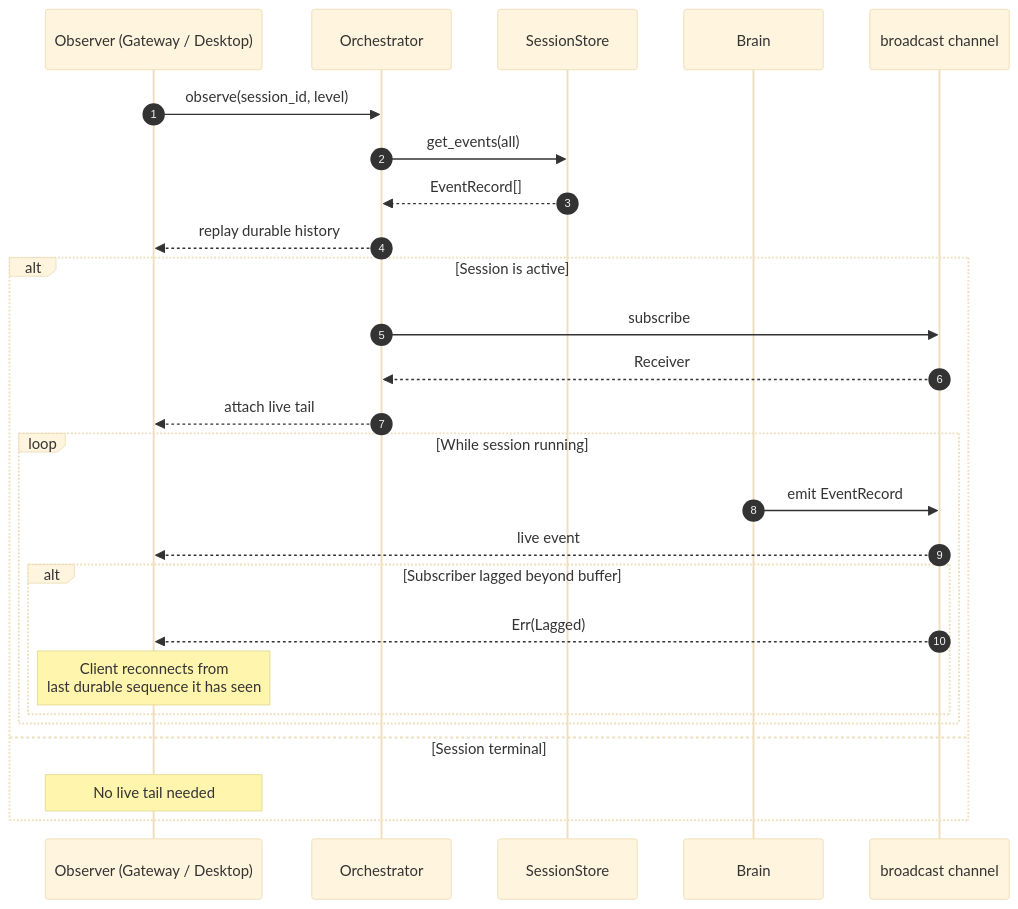
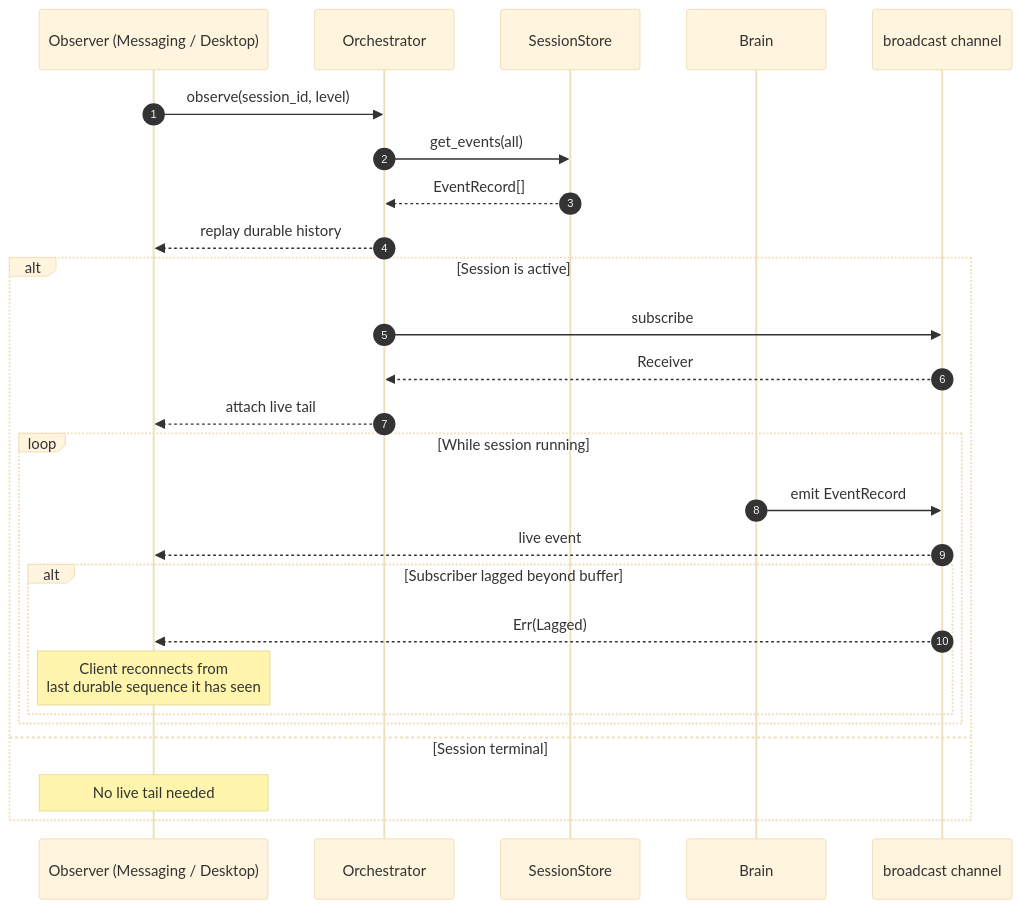
Diagram 13 of 14 in sequence-diagrams.md (hwuiwon/moa), drawn with Mermaid (base theme) before and after one commit. The commit also changed other lines of this file and 69 other files, not shown here.

````diff
--- a/sequence-diagrams.md
+++ b/sequence-diagrams.md
@@ -563,33 +563,33 @@
 ```mermaid
 sequenceDiagram
     autonumber
-    participant Client as Observer (Gateway / Desktop)
+    participant Client as Observer (Messaging / Desktop)
     participant Orch as Orchestrator
     participant Log as SessionStore
     participant Brain
     participant Bcast as broadcast channel
 
     Client->>Orch: observe(session_id, level)
 
     Orch->>Log: get_events(all)
     Log-->>Orch: EventRecord[]
     Orch-->>Client: replay durable history
 
     alt Session is active
         Orch->>Bcast: subscribe
         Bcast-->>Orch: Receiver
         Orch-->>Client: attach live tail
 
         loop While session running
             Brain->>Bcast: emit EventRecord
             Bcast-->>Client: live event
 
             alt Subscriber lagged beyond buffer
                 Bcast-->>Client: Err(Lagged)
                 Note over Client: Client reconnects from<br/>last durable sequence it has seen
             end
         end
     else Session terminal
         Note over Client: No live tail needed
     end
 ```
````
